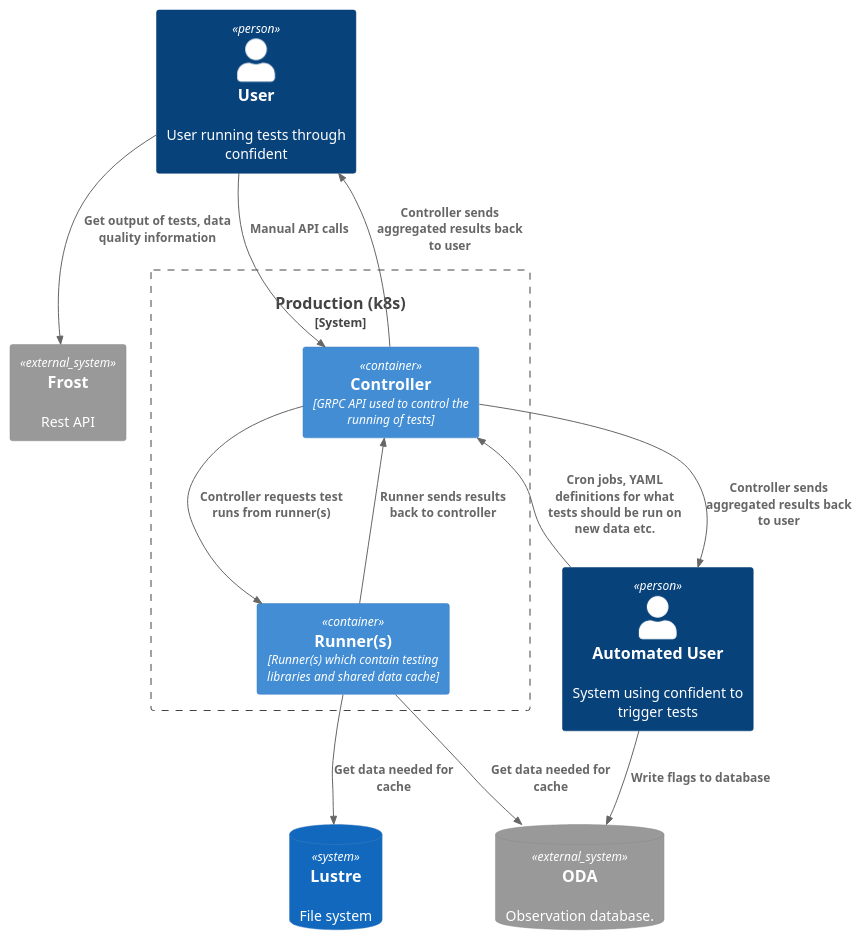
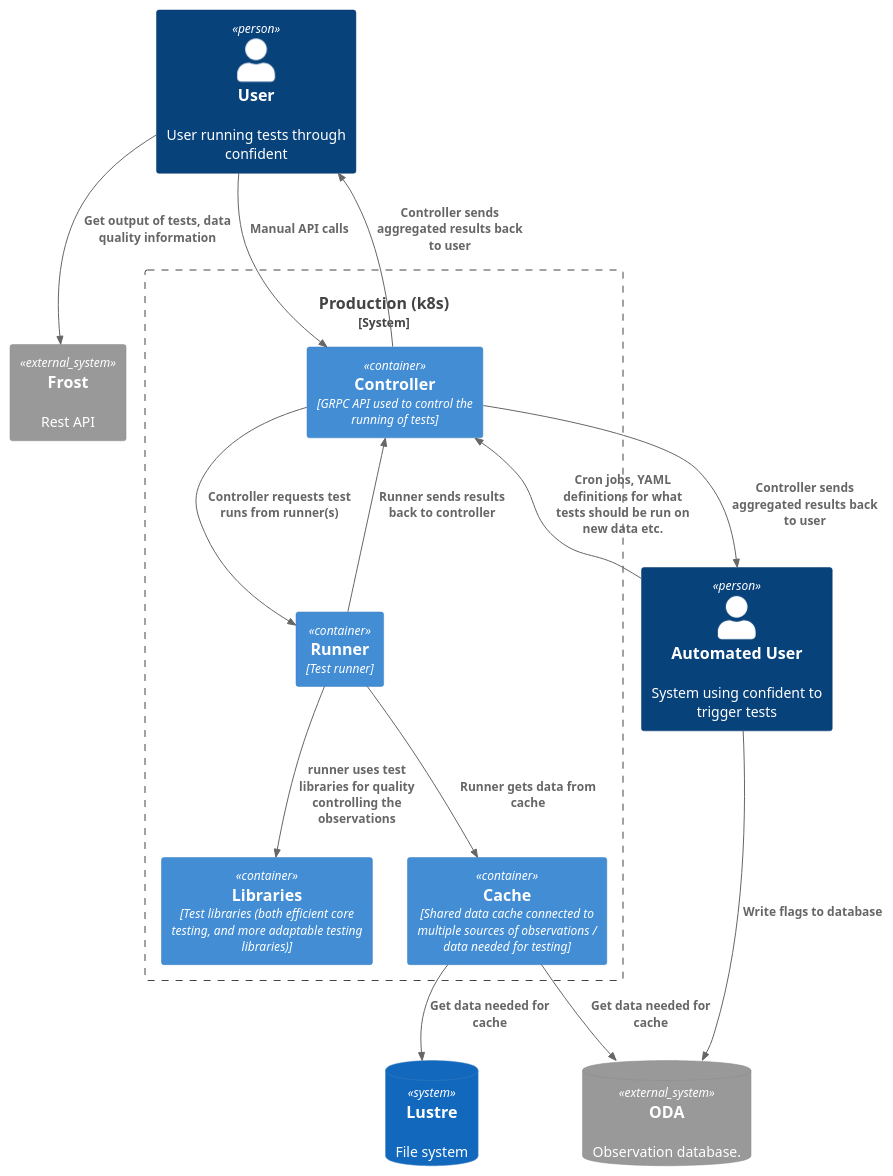
Before and after one commit to metno/rove: the diagram in docs/C4_systemcontext.puml, drawn with PlantUML. The commit also changed 1 other file, not shown here.

Commit message:
update c4 diagram

```diff
--- a/docs/C4_systemcontext.puml
+++ b/docs/C4_systemcontext.puml
@@ -1,30 +1,34 @@
 @startuml Confident_Context
 !include https://raw.githubusercontent.com/plantuml-stdlib/C4-PlantUML/master/C4_Container.puml
 
 LAYOUT_TOP_DOWN()
 
 Person(user, "User", "User running tests through confident")
 Person(automated_user, "Automated User", "System using confident to trigger tests")
 
 'System(confident, "Confident", "System for running quality control tests on observation data")
 System_Ext(frost, "Frost", "Rest API")
 SystemDb_Ext(oda, "ODA", "Observation database.")
 SystemDb(lustre, "Lustre", "File system")
 
 System_Boundary(K8s, "Production (k8s)") {
   Container(controller, "Controller", "GRPC API used to control the running of tests")
-  Container(runner, "Runner(s)", "Runner(s) which contain testing libraries and shared data cache")
+  Container(runner, "Runner", "Test runner")
+  Container(libraries, "Libraries", "Test libraries (both efficient core testing, and more adaptable testing libraries)")
+  Container(cache, "Cache", "Shared data cache connected to multiple sources of observations / data needed for testing")
 }
 
 Rel(controller, runner, "Controller requests test runs from runner(s)")
 Rel(runner, controller, "Runner sends results back to controller")
+Rel(runner, libraries, "runner uses test libraries for quality controlling the observations")
+Rel(runner, cache, "Runner gets data from cache")
 Rel(controller, automated_user, "Controller sends aggregated results back to user")
 Rel(controller, user, "Controller sends aggregated results back to user")
 Rel(automated_user, oda, "Write flags to database")
 
 Rel(user, controller, "Manual API calls")
 Rel(automated_user, controller, "Cron jobs, YAML definitions for what tests should be run on new data etc.")
-Rel(runner, oda, "Get data needed for cache")
-Rel(runner, lustre, "Get data needed for cache")
+Rel(cache, oda, "Get data needed for cache")
+Rel(cache, lustre, "Get data needed for cache")
 Rel(user, frost, "Get output of tests, data quality information")
 @enduml
```
